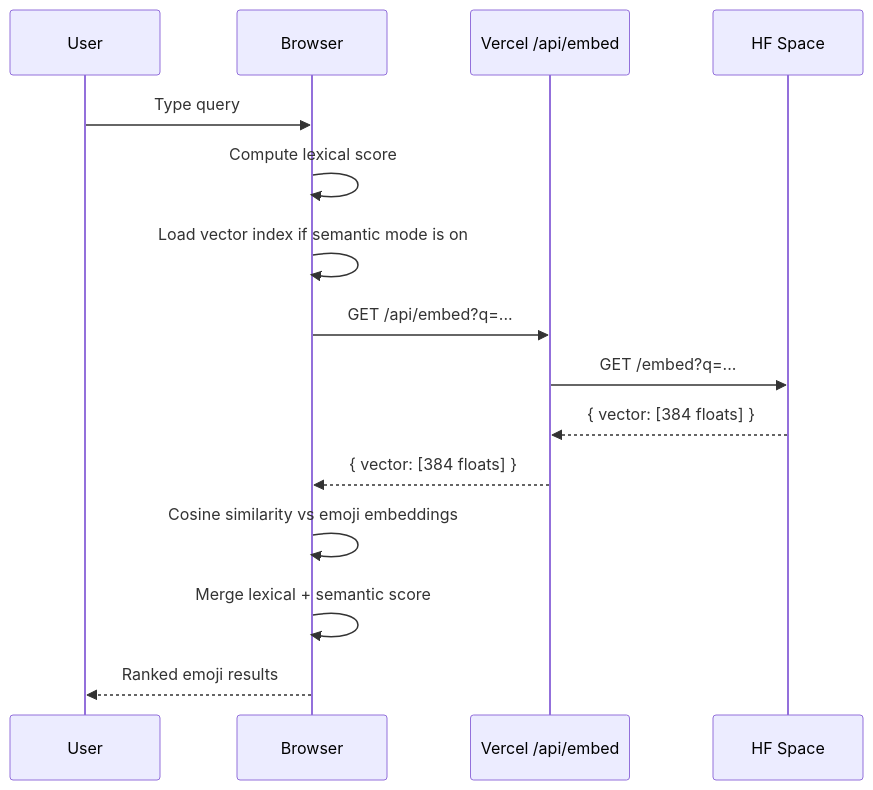
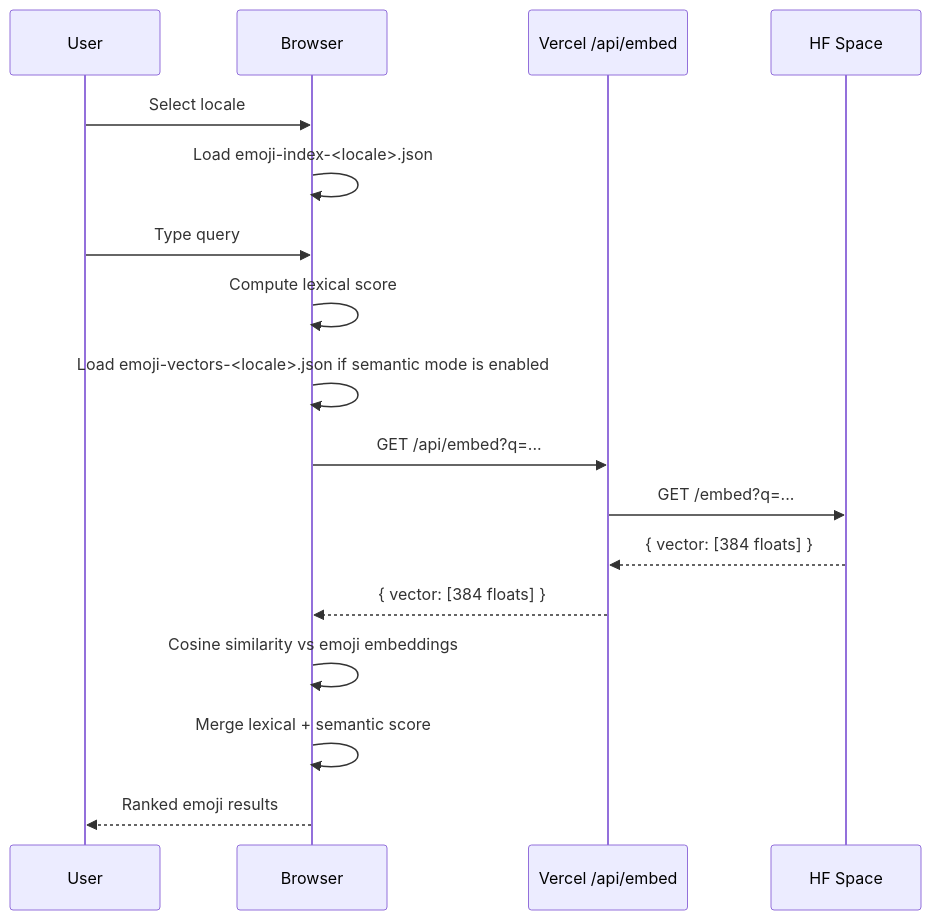
The second of 2 diagrams in search_architecture.md (heinko/my-emoji-search), drawn with Mermaid before and after one commit. The commit also changed other lines of this file and 21 other files, not shown here.

````diff
--- a/search_architecture.md
+++ b/search_architecture.md
@@ -83,18 +99,20 @@
 ```mermaid
 sequenceDiagram
     participant User
     participant Browser
     participant Vercel as Vercel /api/embed
     participant Space as HF Space
 
+    User->>Browser: Select locale
+    Browser->>Browser: Load emoji-index-<locale>.json
     User->>Browser: Type query
     Browser->>Browser: Compute lexical score
-    Browser->>Browser: Load vector index if semantic mode is on
+    Browser->>Browser: Load emoji-vectors-<locale>.json if semantic mode is enabled
     Browser->>Vercel: GET /api/embed?q=...
     Vercel->>Space: GET /embed?q=...
     Space-->>Vercel: { vector: [384 floats] }
     Vercel-->>Browser: { vector: [384 floats] }
     Browser->>Browser: Cosine similarity vs emoji embeddings
     Browser->>Browser: Merge lexical + semantic score
     Browser-->>User: Ranked emoji results
 ```
````
